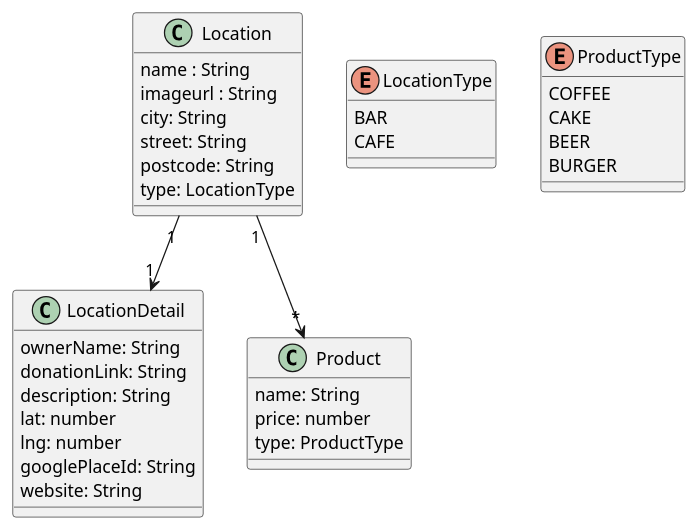
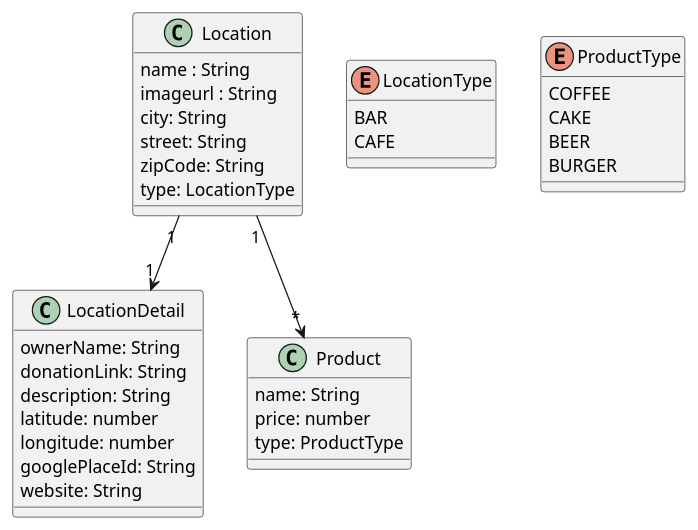
Before and after one commit to VirtualCoffee/lokalrunde: the diagram in doc/model.puml, drawn with PlantUML. The commit also changed 1 other file, not shown here.

```diff
--- a/doc/model.puml
+++ b/doc/model.puml
@@ -1,44 +1,44 @@
 @startuml
 
 Location "1" --> "1" LocationDetail
 Location "1" --> "*" Product
 
 class Location {
     name : String
     imageurl : String
     city: String
     street: String
-    postcode: String
+    zipCode: String
     type: LocationType
 }
 
 enum LocationType
 {
     BAR
     CAFE
 }
 
 class LocationDetail {
     ownerName: String
     donationLink: String
     description: String
-    lat: number
-    lng: number
+    latitude: number
+    longitude: number
     googlePlaceId: String
     website: String
 }
 
 class Product {
     name: String
     price: number
     type: ProductType
 }
 
 enum ProductType {
     COFFEE
     CAKE
     BEER
     BURGER
 }
 
 @enduml
```
